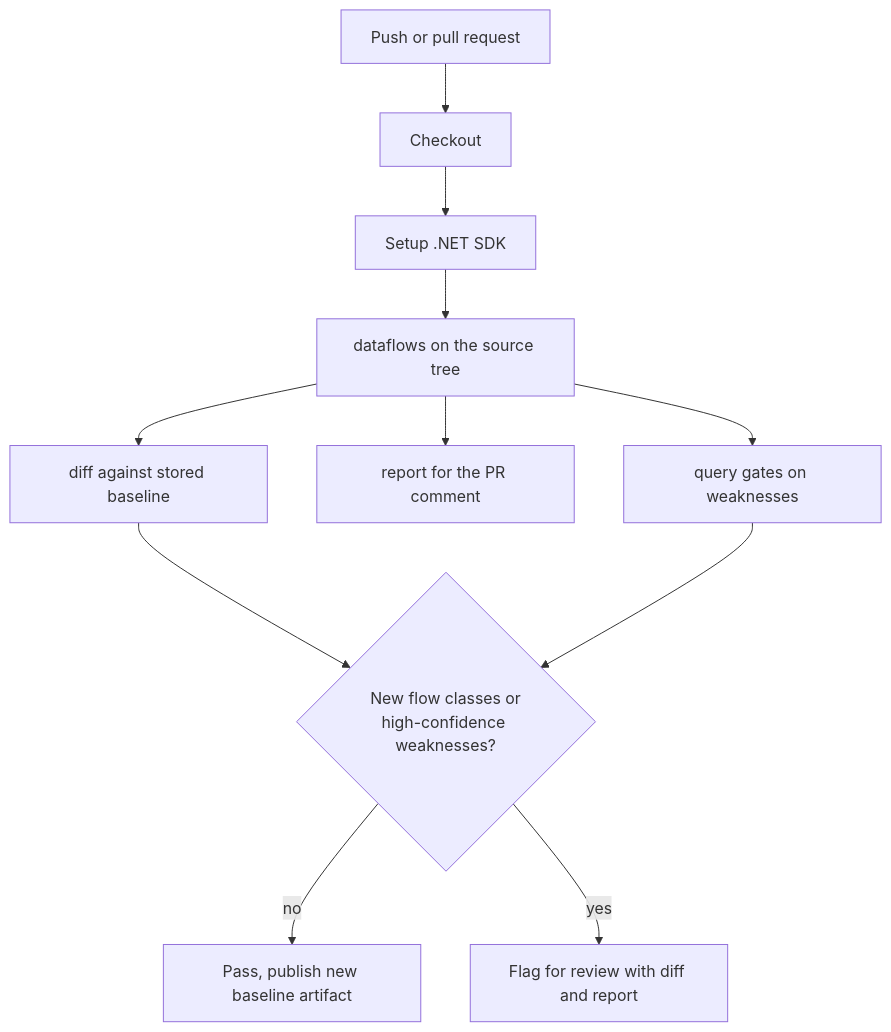
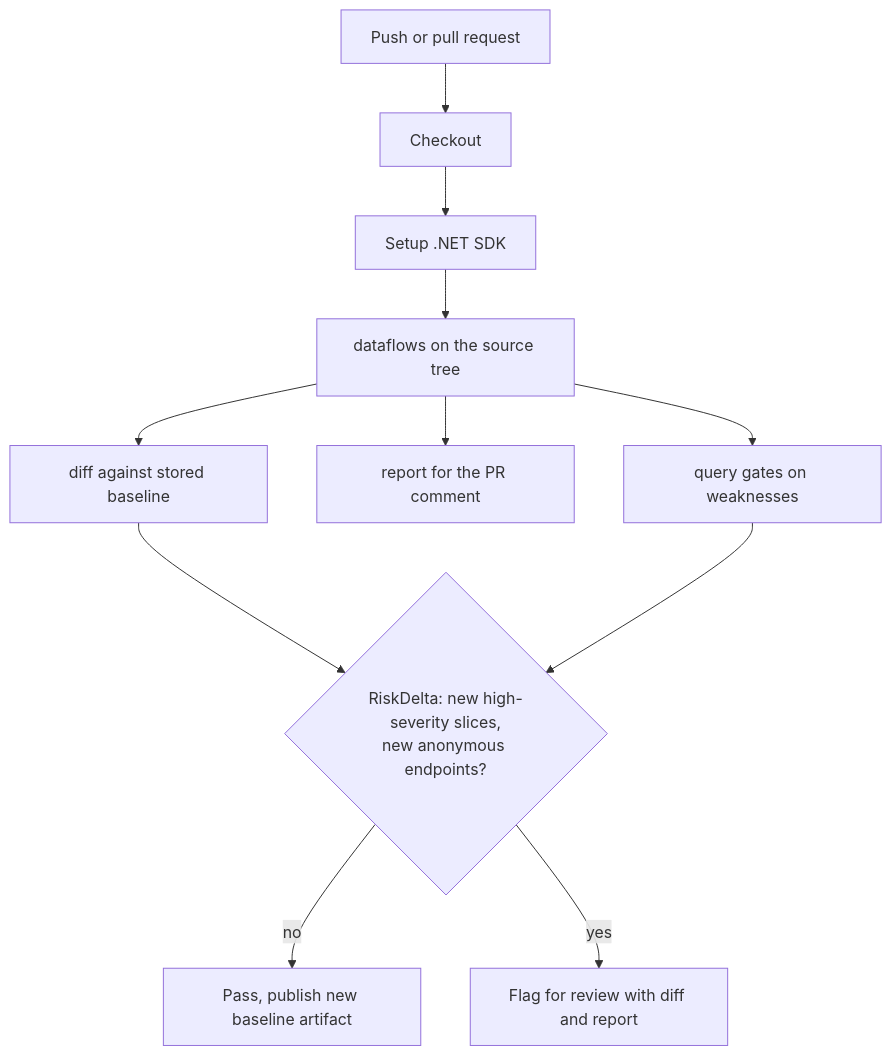
One commit to owasp-dep-scan/dosai changed the diagram in docs/LESSON7.md. Above: the diagram before and after it, drawn with Mermaid. The commit also changed other lines of this file and 74 other files, not shown here.

Commit message:
Update docs, lessons, and code comments for schema 4.1.0 feature set (#50)

````diff
--- a/docs/LESSON7.md
+++ b/docs/LESSON7.md
@@ -9,13 +9,13 @@
 ```mermaid
 flowchart TD
     Push["Push or pull request"] --> Checkout["Checkout"]
     Checkout --> Setup["Setup .NET SDK"]
     Setup --> Run["dataflows on the source tree"]
     Run --> Diff["diff against stored baseline"]
-    Diff --> Gate{"New flow classes or<br/>high-confidence weaknesses?"}
+    Diff --> Gate{"RiskDelta: new high-severity slices,<br/>new anonymous endpoints?"}
     Gate -->|"no"| Pass["Pass, publish new baseline artifact"]
     Gate -->|"yes"| Fail["Flag for review with diff and report"]
     Run --> Report["report for the PR comment"]
     Run --> Query["query gates on weaknesses"]
     Query --> Gate
 ```
````
